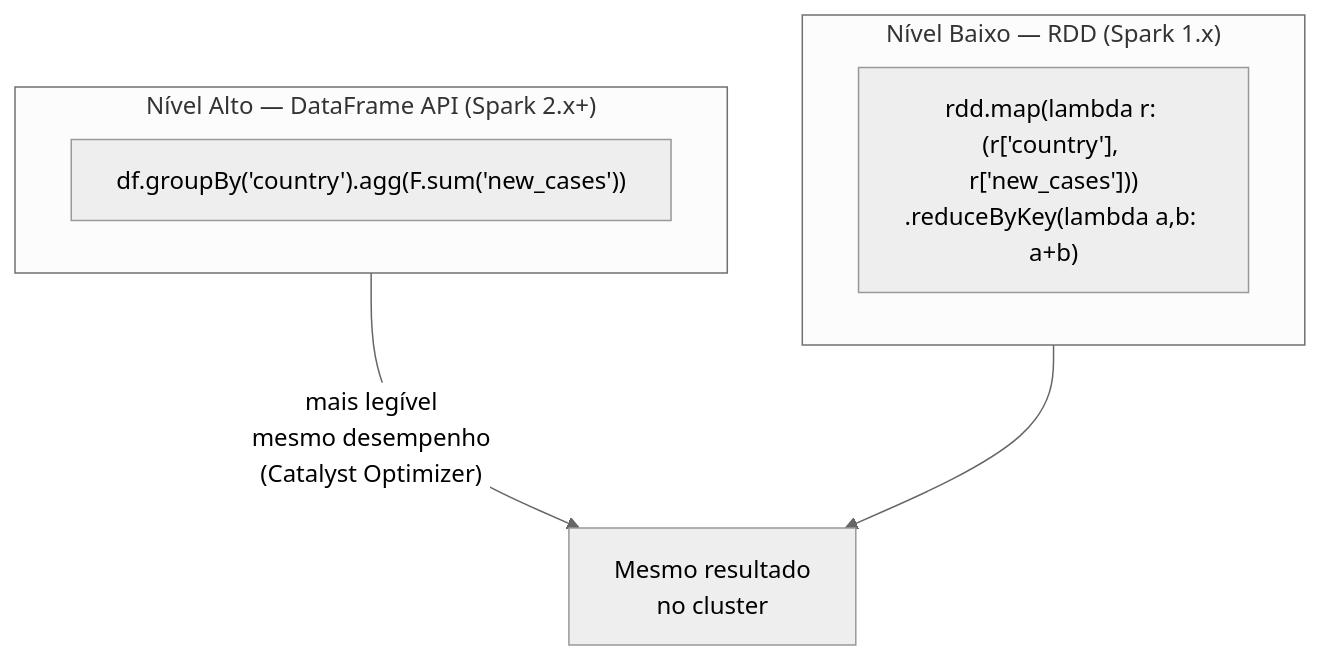
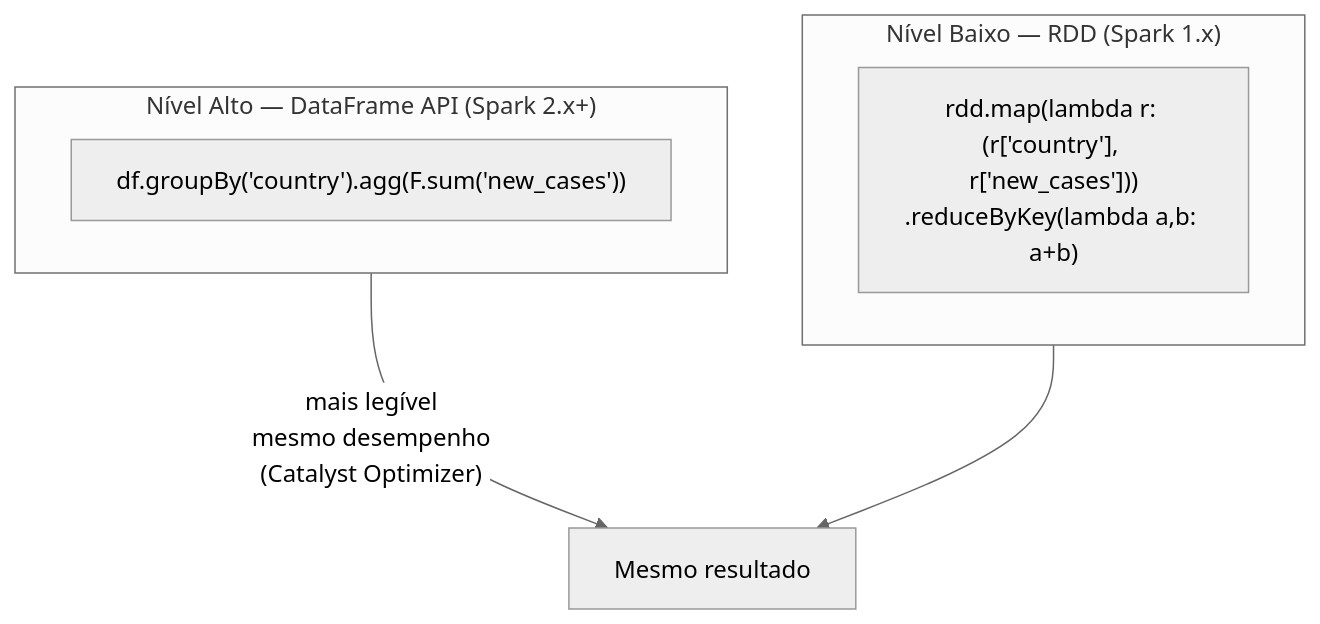
Before and after one commit to isabelacarone/eda-covid19: diagram 11 of 12 in DOCUMENTACAO.md, drawn with Mermaid (neutral theme). The commit also changed other lines of this file and 1 other file, not shown here.

````diff
--- a/DOCUMENTACAO.md
+++ b/DOCUMENTACAO.md
@@ -571,14 +465,11 @@
 ```mermaid
 graph TD
-    subgraph BAIXO_NIVEL["Nível Baixo — RDD (Spark 1.x)"]
+    subgraph RDD["Nível Baixo — RDD (Spark 1.x)"]
         R["rdd.map(lambda r: (r['country'], r['new_cases']))\n.reduceByKey(lambda a,b: a+b)"]
     end
-
-    subgraph ALTO_NIVEL["Nível Alto — DataFrame API (Spark 2.x+)"]
+    subgraph DF["Nível Alto — DataFrame API (Spark 2.x+)"]
         D["df.groupBy('country').agg(F.sum('new_cases'))"]
     end
-
-    ALTO_NIVEL -- "mais legível\nmesmo desempenho\n(Catalyst Optimizer)" --> RESULTADO["Mesmo resultado\nno cluster"]
-    BAIXO_NIVEL --> RESULTADO
-
+    DF -- "mais legível\nmesmo desempenho\n(Catalyst Optimizer)" --> RES["Mesmo resultado"]
+    RDD --> RES
 ```
````
